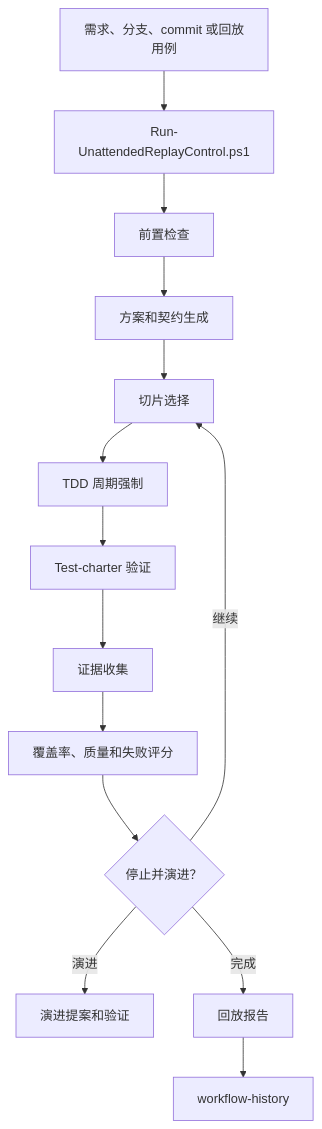
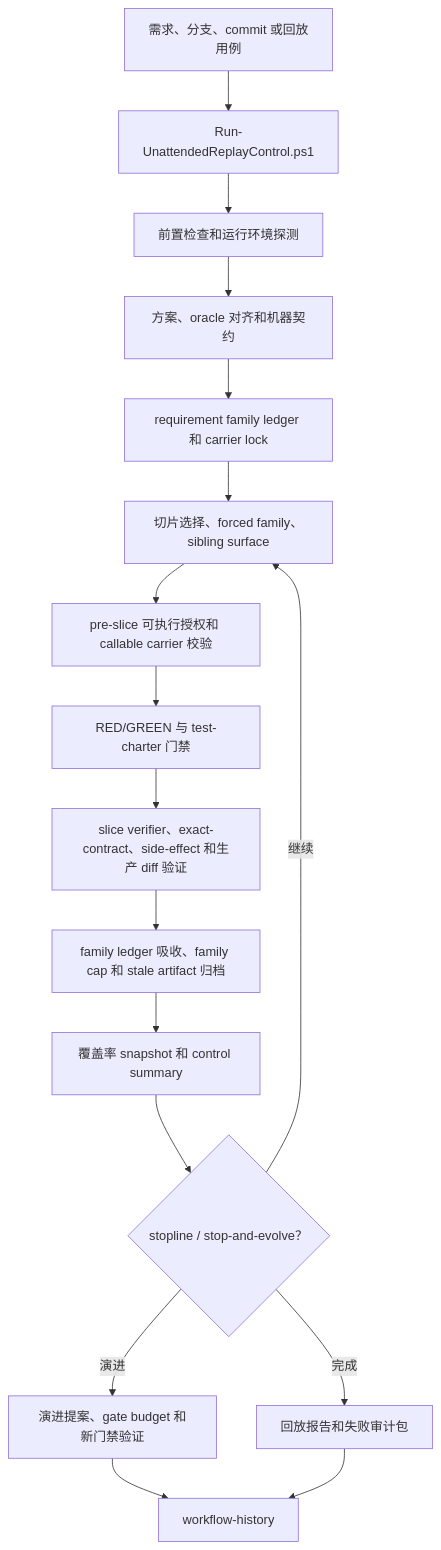
The sixth of 8 diagrams in docs/ARCHITECTURE.md (hxld/ai-workflow-control-kit), drawn with Mermaid before and after one commit. The commit also changed other lines of this file and 1 other file, not shown here.

Commit message:
docs(replay-autopilot): refresh control plane architecture

````diff
--- a/docs/ARCHITECTURE.md
+++ b/docs/ARCHITECTURE.md
@@ -374,16 +374,19 @@
 ```mermaid
 flowchart TD
     Input["需求、分支、commit 或回放用例"] --> Controller["Run-UnattendedReplayControl.ps1"]
-    Controller --> Preflight["前置检查"]
-    Preflight --> Plan["方案和契约生成"]
-    Plan --> Slice["切片选择"]
-    Slice --> TDD["TDD 周期强制"]
-    TDD --> Charter["Test-charter 验证"]
-    Charter --> Evidence["证据收集"]
-    Evidence --> Score["覆盖率、质量和失败评分"]
-    Score --> StopEvolve{"停止并演进？"}
-    StopEvolve -->|继续| Slice
-    StopEvolve -->|演进| Evolution["演进提案和验证"]
-    StopEvolve -->|完成| Report["回放报告"]
-    Report --> History["workflow-history"]
+    Controller --> Preflight["前置检查和运行环境探测"]
+    Preflight --> Plan["方案、oracle 对齐和机器契约"]
+    Plan --> Family["requirement family ledger 和 carrier lock"]
+    Family --> Slice["切片选择、forced family、sibling surface"]
+    Slice --> Authorization["pre-slice 可执行授权和 callable carrier 校验"]
+    Authorization --> TDD["RED/GREEN 与 test-charter 门禁"]
+    TDD --> Verifier["slice verifier、exact-contract、side-effect 和生产 diff 验证"]
+    Verifier --> Ledger["family ledger 吸收、family cap 和 stale artifact 归档"]
+    Ledger --> Snapshot["覆盖率 snapshot 和 control summary"]
+    Snapshot --> Stopline{"stopline / stop-and-evolve？"}
+    Stopline -->|继续| Slice
+    Stopline -->|演进| Evolution["演进提案、gate budget 和新门禁验证"]
+    Stopline -->|完成| Report["回放报告和失败审计包"]
+    Evolution --> History["workflow-history"]
+    Report --> History
 ```
````
